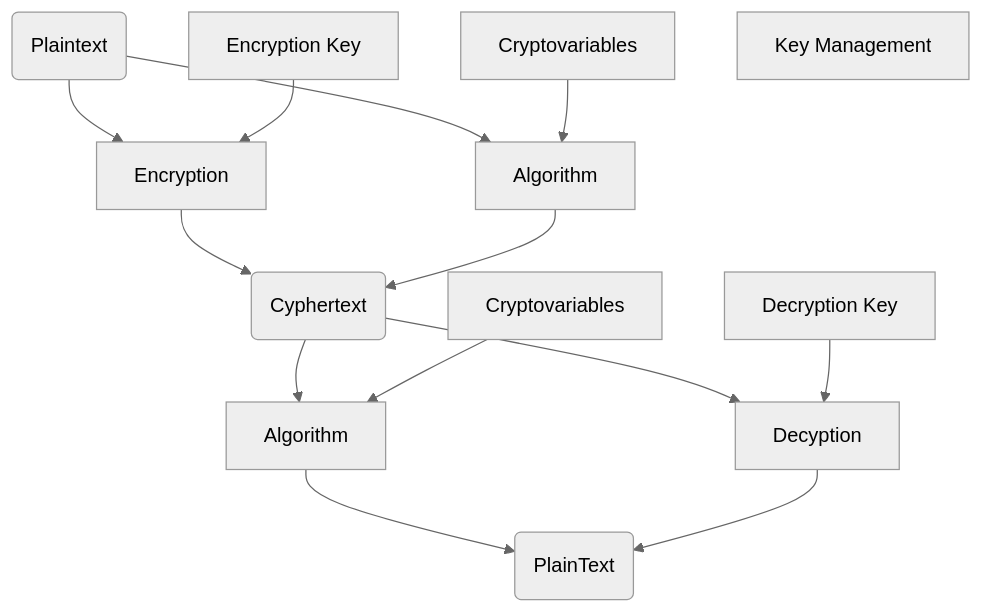
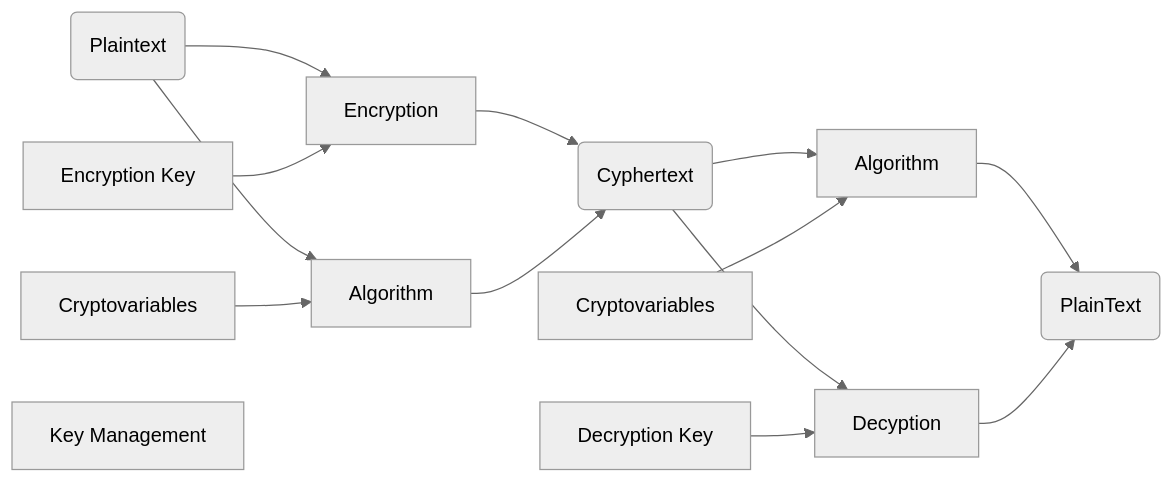
Before and after one commit to RobertRMarsh/cyber-notes: the second of 4 diagrams in isc2-cc/domain-5/cryptography-overview.md, drawn with Mermaid (neutral theme). The commit also changed other lines of this file, not shown here.

````diff
--- a/isc2-cc/domain-5/cryptography-overview.md
+++ b/isc2-cc/domain-5/cryptography-overview.md
@@ -43,16 +60,16 @@
 ```mermaid  
-graph TD  
+graph LR  
 A(Plaintext) --> B[Encryption];
 A --> C[Algorithm];  
 D[Encryption Key]--> B;  
 E[Cryptovariables]--> C;  
 F[Key Management];
 B --> G(Cyphertext);
 C --> G;  
 G --> H[Decyption];  
 G --> I[Algorithm];  
 J[Cryptovariables]--> I;  
 K[Decryption Key]--> H;
 I --> L(PlainText);
 H --> L;
 ```
````
